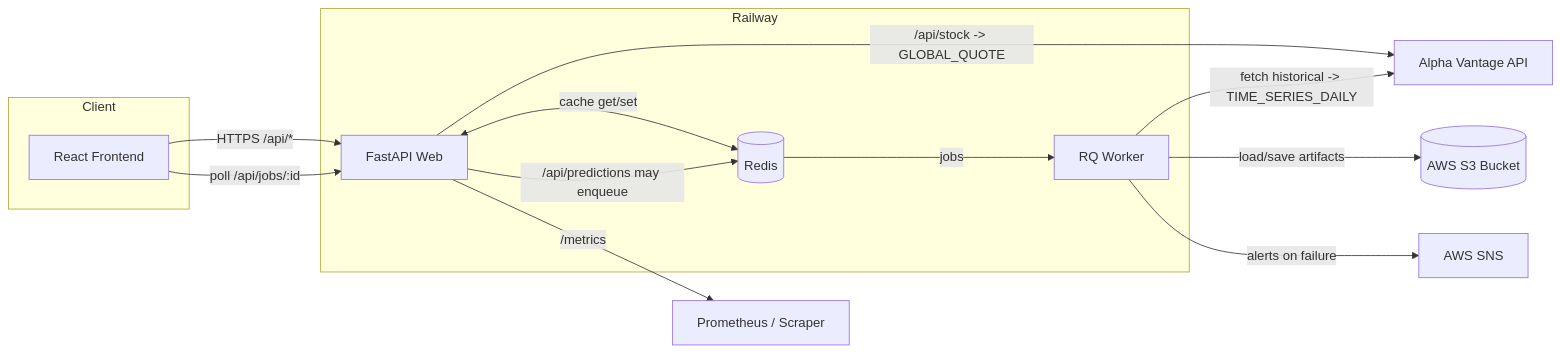
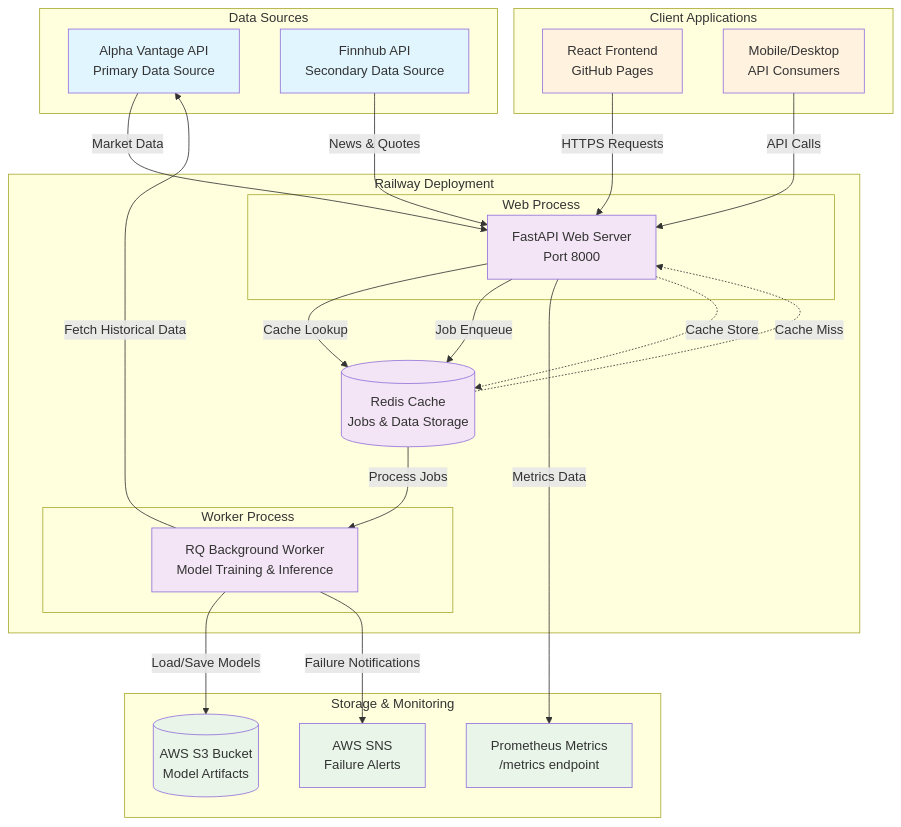
The first of 2 diagrams in README.md (insdaguirre/Stock_Hub), drawn with Mermaid before and after one commit. The commit also changed other lines of this file, not shown here.

````diff
--- a/README.md
+++ b/README.md
@@ -30,28 +42,60 @@
 ```mermaid
-flowchart LR
-  subgraph Client
-    FE[React Frontend]
-  end
-
-  subgraph Railway
-    API[FastAPI Web]
-    WKR[RQ Worker]
-    REDIS[(Redis)]
-  end
-
-  AV[Alpha Vantage API]
-  S3[(AWS S3 Bucket)]
-  SNS[AWS SNS]
-  PM[Prometheus / Scraper]
-
-  FE -->|HTTPS /api/*| API
-  API <-->|cache get/set| REDIS
-  API -->|/api/stock -> GLOBAL_QUOTE| AV
-  API -->|/api/predictions may enqueue| REDIS
-  REDIS -->|jobs| WKR
-  WKR -->|fetch historical -> TIME_SERIES_DAILY| AV
-  WKR -->|load/save artifacts| S3
-  WKR -->|alerts on failure| SNS
-  API -->|/metrics| PM
-  FE -->|poll /api/jobs/:id| API
+flowchart TD
+    subgraph "Data Sources"
+        AV[Alpha Vantage API<br/>Primary Data Source]
+        FH[Finnhub API<br/>Secondary Data Source]
+    end
+    
+    subgraph "Railway Deployment"
+        subgraph "Web Process"
+            API[FastAPI Web Server<br/>Port 8000]
+        end
+        
+        subgraph "Worker Process"
+            WKR[RQ Background Worker<br/>Model Training & Inference]
+        end
+        
+        REDIS[(Redis Cache<br/>Jobs & Data Storage)]
+    end
+    
+    subgraph "Storage & Monitoring"
+        S3[(AWS S3 Bucket<br/>Model Artifacts)]
+        SNS[AWS SNS<br/>Failure Alerts]
+        PM[Prometheus Metrics<br/>/metrics endpoint]
+    end
+    
+    subgraph "Client Applications"
+        FE[React Frontend<br/>GitHub Pages]
+        MOBILE[Mobile/Desktop<br/>API Consumers]
+    end
+    
+    %% Data Flow
+    AV -->|Market Data| API
+    FH -->|News & Quotes| API
+    API -->|Cache Lookup| REDIS
+    API -->|Job Enqueue| REDIS
+    REDIS -->|Process Jobs| WKR
+    WKR -->|Fetch Historical Data| AV
+    WKR -->|Load/Save Models| S3
+    WKR -->|Failure Notifications| SNS
+    
+    %% Client Interactions
+    FE -->|HTTPS Requests| API
+    MOBILE -->|API Calls| API
+    API -->|Metrics Data| PM
+    
+    %% Caching
+    REDIS -.->|Cache Miss| API
+    API -.->|Cache Store| REDIS
+    
+    %% Styling
+    classDef dataSource fill:#e1f5fe
+    classDef railway fill:#f3e5f5
+    classDef storage fill:#e8f5e8
+    classDef client fill:#fff3e0
+    
+    class AV,FH dataSource
+    class API,WKR,REDIS railway
+    class S3,SNS,PM storage
+    class FE,MOBILE client
 ```
````
